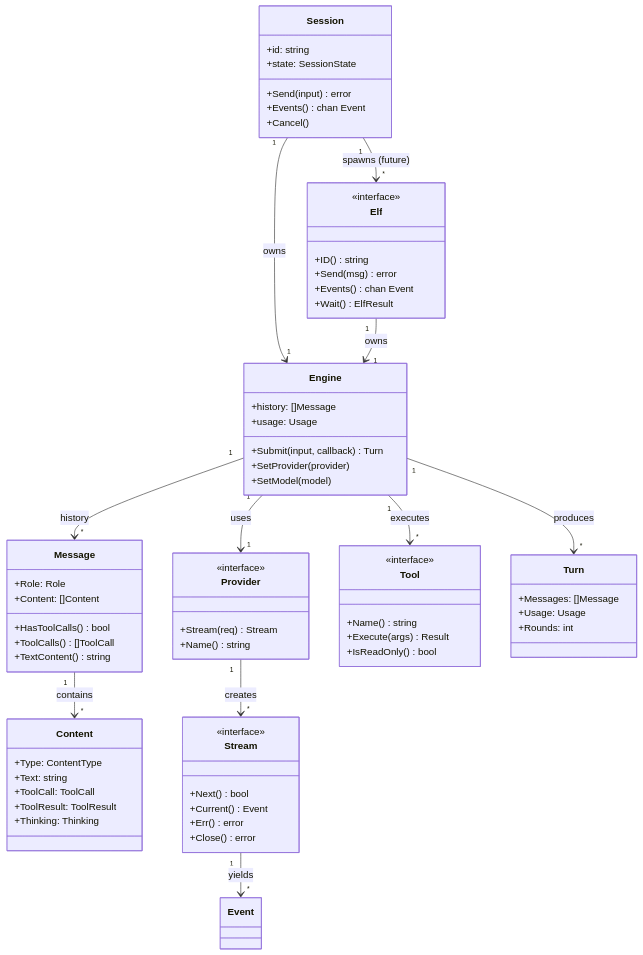
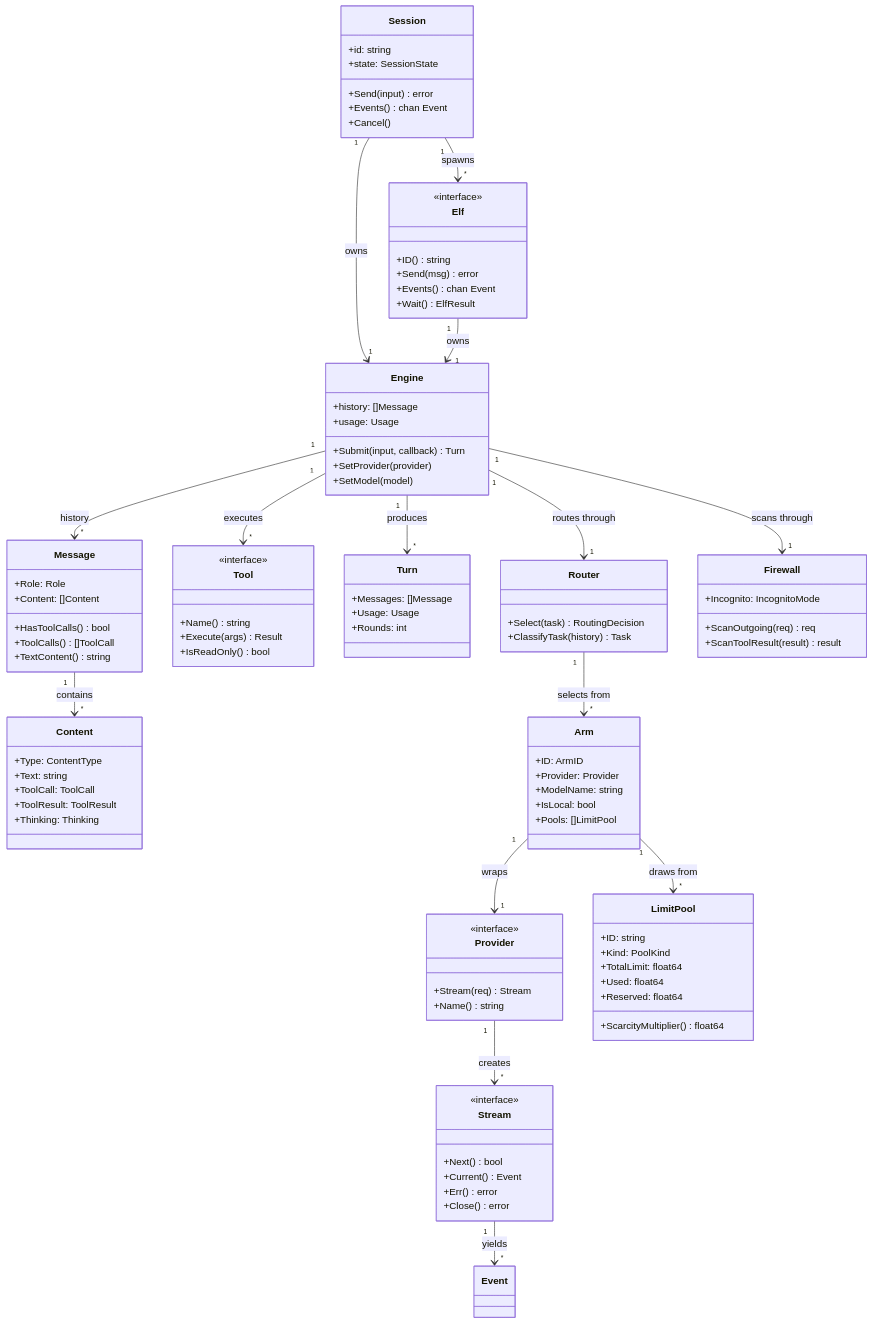
The diagram in docs/essentials/domain-model.md (Genusraphiahell447/gnoma), drawn with Mermaid before and after one commit. The commit also changed other lines of this file and 6 other files, not shown here.

First line of the commit message:
docs: update essentials for router, security, task learning

````diff
--- a/docs/essentials/domain-model.md
+++ b/docs/essentials/domain-model.md
@@ -79,14 +79,46 @@
         +Wait() ElfResult
     }
 
+    class Router {
+        +Select(task) RoutingDecision
+        +ClassifyTask(history) Task
+    }
+
+    class Arm {
+        +ID: ArmID
+        +Provider: Provider
+        +ModelName: string
+        +IsLocal: bool
+        +Pools: []LimitPool
+    }
+
+    class LimitPool {
+        +ID: string
+        +Kind: PoolKind
+        +TotalLimit: float64
+        +Used: float64
+        +Reserved: float64
+        +ScarcityMultiplier() float64
+    }
+
+    class Firewall {
+        +ScanOutgoing(req) req
+        +ScanToolResult(result) result
+        +Incognito: IncognitoMode
+    }
+
     Session "1" --> "1" Engine : owns
-    Engine "1" --> "1" Provider : uses
+    Engine "1" --> "1" Router : routes through
+    Engine "1" --> "1" Firewall : scans through
+    Router "1" --> "*" Arm : selects from
+    Arm "1" --> "1" Provider : wraps
+    Arm "1" --> "*" LimitPool : draws from
     Engine "1" --> "*" Tool : executes
     Engine "1" --> "*" Message : history
     Engine "1" --> "*" Turn : produces
     Message "1" --> "*" Content : contains
     Provider "1" --> "*" Stream : creates
     Stream "1" --> "*" Event : yields
-    Session "1" --> "*" Elf : spawns (future)
+    Session "1" --> "*" Elf : spawns
     Elf "1" --> "1" Engine : owns
 ```
````
